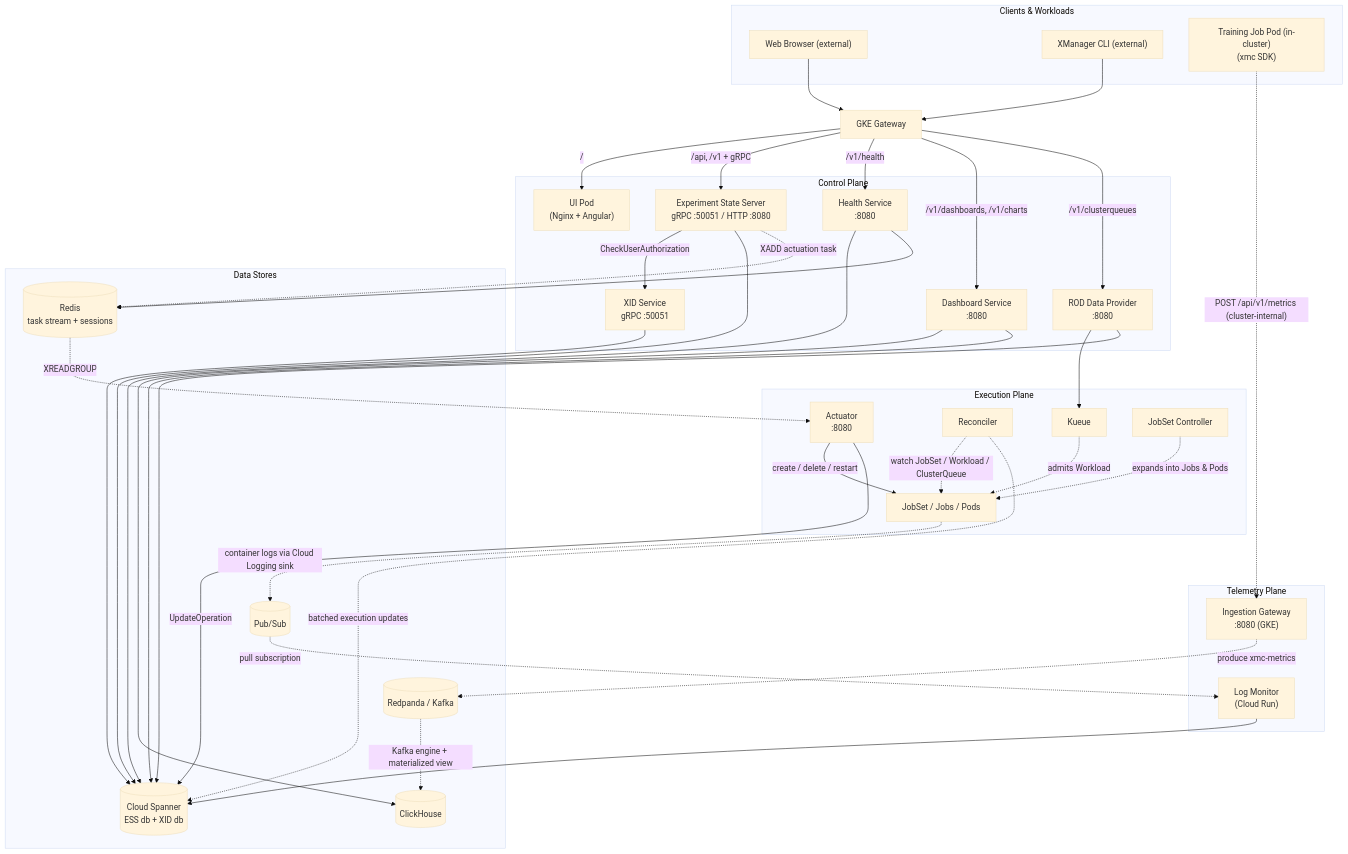
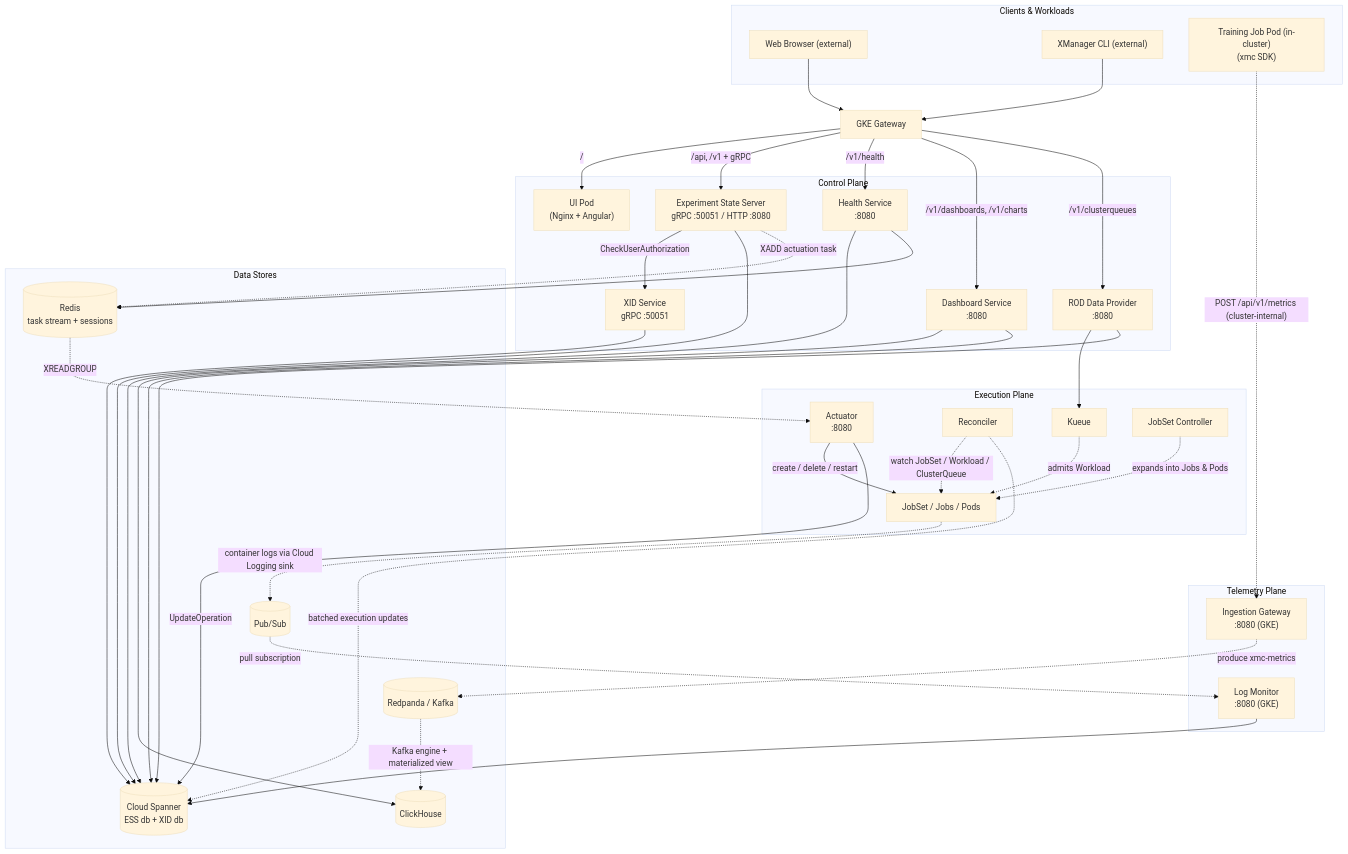
Before and after one commit to google/xmc: the third of 3 diagrams in docs/architecture/overview.md, drawn with Mermaid (base theme). The commit also changed other lines of this file and 26 other files, not shown here.

First line of the commit message:
feat(log-monitor): run log monitor as a gke deployment instead of cloud run

````diff
--- a/docs/architecture/overview.md
+++ b/docs/architecture/overview.md
@@ -190,79 +190,79 @@
 ```mermaid
 graph TD
     subgraph Ext["Clients & Workloads"]
         Browser["Web Browser (external)"]
         CLIc["XManager CLI (external)"]
         Train["Training Job Pod (in-cluster)<br/>(xmc SDK)"]
     end
 
     GW["GKE Gateway"]
 
     subgraph Control["Control Plane"]
         ESS["Experiment State Server<br/>gRPC :50051 / HTTP :8080"]
         XID["XID Service<br/>gRPC :50051"]
         HS["Health Service<br/>:8080"]
         DS["Dashboard Service<br/>:8080"]
         ROD["ROD Data Provider<br/>:8080"]
         UIPod["UI Pod<br/>(Nginx + Angular)"]
     end
 
     subgraph Exec["Execution Plane"]
         ACT["Actuator<br/>:8080"]
         REC["Reconciler"]
         KUEUE["Kueue"]
         JSC["JobSet Controller"]
         JS["JobSet / Jobs / Pods"]
     end
 
     subgraph Tel["Telemetry Plane"]
         IG["Ingestion Gateway<br/>:8080 (GKE)"]
-        LM["Log Monitor<br/>(Cloud Run)"]
+        LM["Log Monitor<br/>:8080 (GKE)"]
     end
 
     subgraph Stores["Data Stores"]
         SPAN[("Cloud Spanner<br/>ESS db + XID db")]
         REDIS[("Redis<br/>task stream + sessions")]
         RP[("Redpanda / Kafka")]
         CHDB[("ClickHouse")]
         PS[("Pub/Sub")]
     end
 
     Browser --> GW
     CLIc --> GW
 
     GW -->|"/"| UIPod
     GW -->|"/api, /v1 + gRPC"| ESS
     GW -->|"/v1/health"| HS
     GW -->|"/v1/dashboards, /v1/charts"| DS
     GW -->|"/v1/clusterqueues"| ROD
 
     ESS -->|"CheckUserAuthorization"| XID
     ESS --> SPAN
     XID --> SPAN
     ESS -.->|"XADD actuation task"| REDIS
     REDIS -.->|"XREADGROUP"| ACT
 
     ACT -->|"create / delete / restart"| JS
     KUEUE -.->|"admits Workload"| JS
     JSC -.->|"expands into Jobs & Pods"| JS
 
     REC -.->|"watch JobSet / Workload / ClusterQueue"| JS
     REC -.->|"batched execution updates"| SPAN
     ACT -->|"UpdateOperation"| SPAN
 
     ROD --> KUEUE
     ROD --> SPAN
 
     Train -.->|"POST /api/v1/metrics (cluster-internal)"| IG
     IG -.->|"produce xmc-metrics"| RP
     RP -.->|"Kafka engine + materialized view"| CHDB
     DS --> CHDB
     DS --> SPAN
 
     JS -.->|"container logs via Cloud Logging sink"| PS
     PS -.->|"pull subscription"| LM
     LM --> SPAN
 
     HS --> SPAN
     HS --> REDIS
 ```
````
